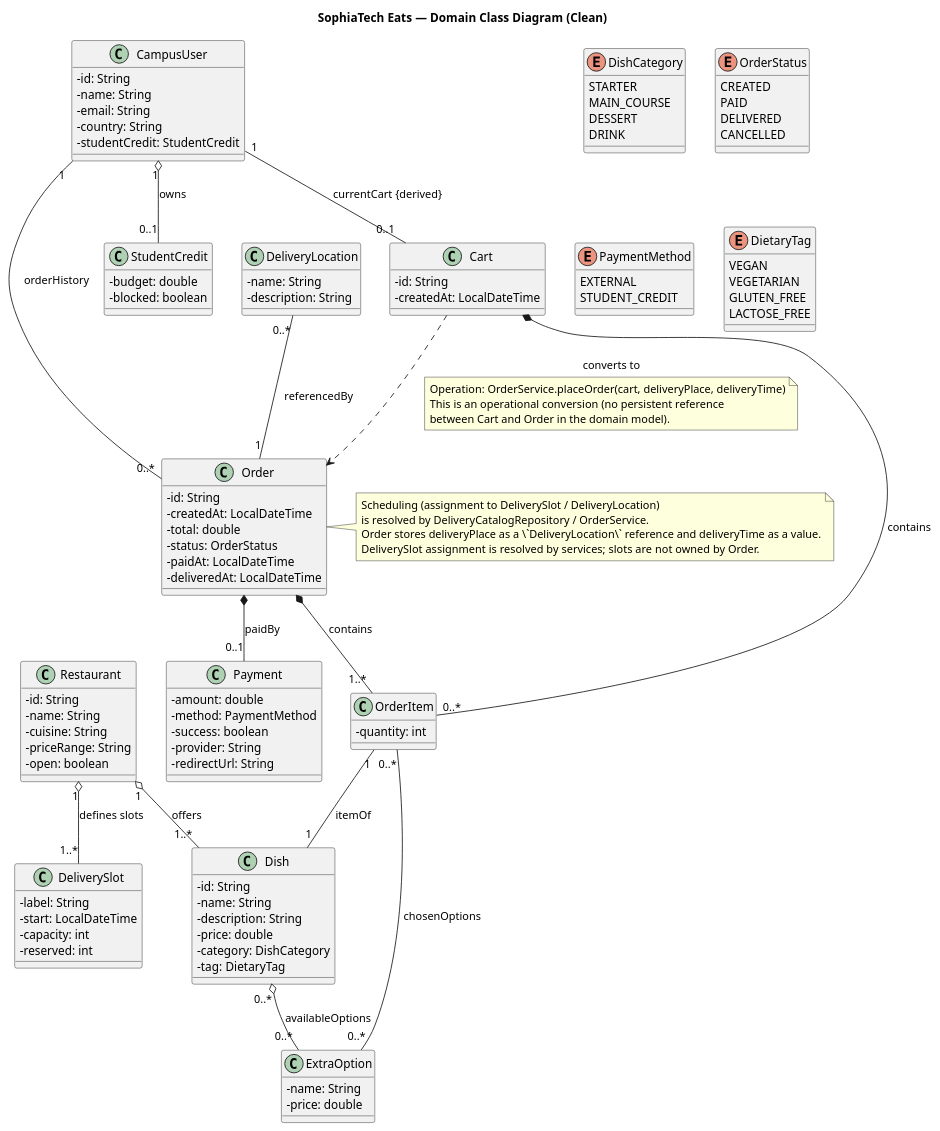
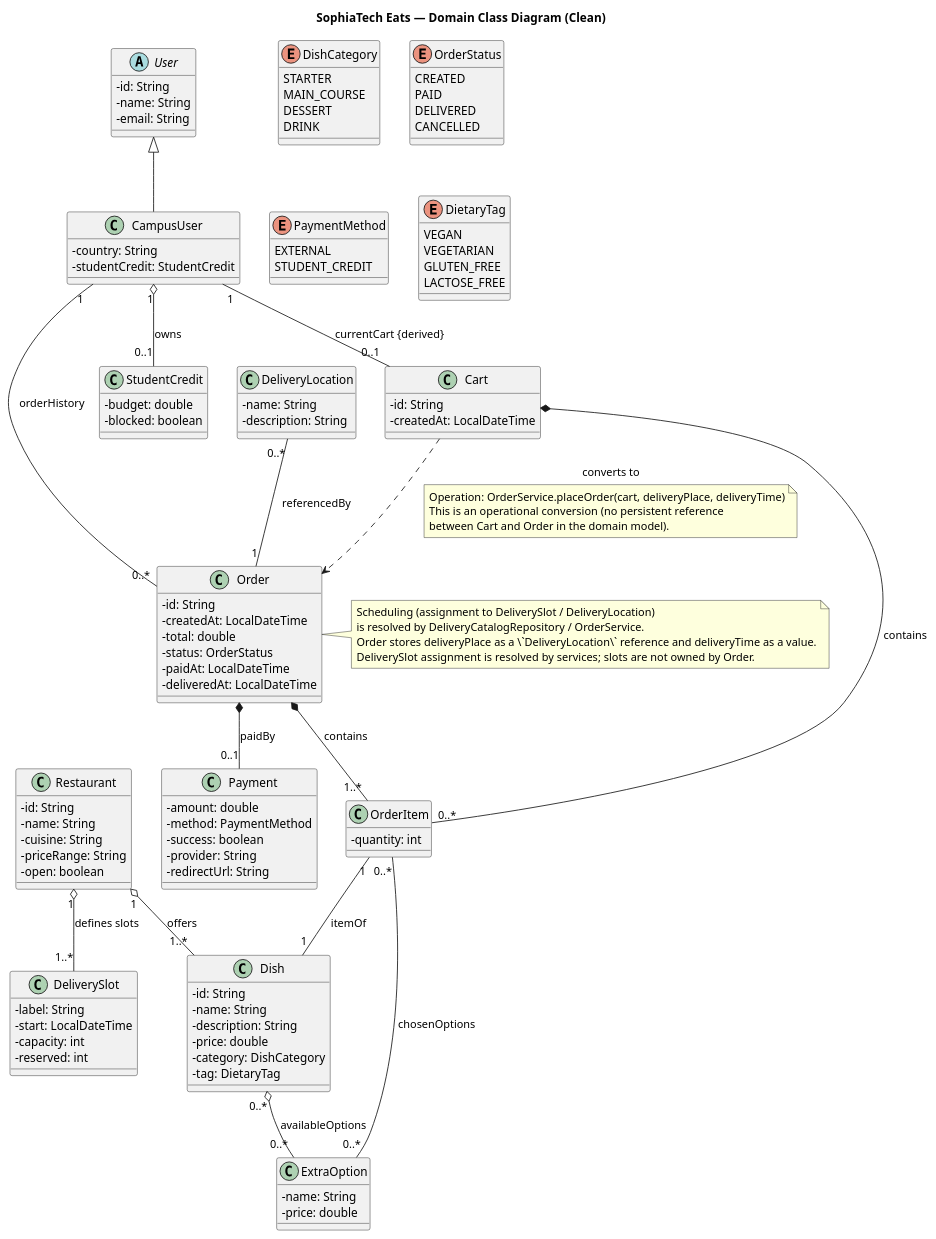
Before and after one commit to StefanB07/SophiaEats: the diagram in diagramsA2/CleanClassDiagram.puml, drawn with PlantUML. The commit also changed 4 other files, not shown here.

```diff
--- a/diagramsA2/CleanClassDiagram.puml
+++ b/diagramsA2/CleanClassDiagram.puml
@@ -1,137 +1,142 @@
 @startuml
 title SophiaTech Eats — Domain Class Diagram (Clean)
 
 skinparam classAttributeIconSize 0
 
 ' ==== Enums ====
 enum DishCategory {
 STARTER
 MAIN_COURSE
 DESSERT
 DRINK
 }
 enum OrderStatus {
 CREATED
 PAID
 DELIVERED
 CANCELLED
 }
 enum PaymentMethod {
 EXTERNAL
 STUDENT_CREDIT
 }
 enum DietaryTag {
 VEGAN
 VEGETARIAN
 GLUTEN_FREE
 LACTOSE_FREE
 }
 
 ' ==== Core domain only essential attributes ====
-class CampusUser {
+abstract class User {
   - id: String
   - name: String
   - email: String
+}
+
+class CampusUser {
   - country: String
   - studentCredit: StudentCredit
 }
+
+User <|-- CampusUser
 class StudentCredit {
  - budget: double
  - blocked: boolean
 }
 
 class Cart {
 - id: String
 - createdAt: LocalDateTime
 }
 
 class Order {
   - id: String
   - createdAt: LocalDateTime
   - total: double
   - status: OrderStatus
   - paidAt: LocalDateTime
   - deliveredAt: LocalDateTime
 }
 
 class OrderItem {
 - quantity: int
 }
 
 class Payment {
   - amount: double
   - method: PaymentMethod
   - success: boolean
   - provider: String
   - redirectUrl: String
 }
 
 class Restaurant {
   - id: String
   - name: String
   - cuisine: String
   - priceRange: String
   - open: boolean
 }
 
 class DeliverySlot {
   - label: String
   - start: LocalDateTime
   - capacity: int
   - reserved: int
 }
 
 class DeliveryLocation {
 - name: String
 - description: String
 }
 
 class Dish {
   - id: String
   - name: String
   - description: String
   - price: double
   - category: DishCategory
   - tag: DietaryTag
 }
 class ExtraOption {
 - name: String
 - price: double
 }
 
 CampusUser "1" o-- "0..1" StudentCredit : owns
 CampusUser "1" -- "0..*" Order : orderHistory
 CampusUser "1" -- "0..1" Cart : currentCart {derived}
 
 Cart *-- "0..*" OrderItem : contains
 Cart ..> Order : converts to
 
 note on link
   Operation: OrderService.placeOrder(cart, deliveryPlace, deliveryTime)
   This is an operational conversion (no persistent reference
   between Cart and Order in the domain model).
 end note
 
 Order *-- "1..*" OrderItem : contains
 Order *-- "0..1" Payment : paidBy
 
 DeliveryLocation "0..*" -- "1" Order : referencedBy
 
 OrderItem "1" -- "1" Dish : itemOf
 OrderItem "0..*" -- "0..*" ExtraOption : chosenOptions
 
 Restaurant "1" o-- "1..*" DeliverySlot : defines slots
 Restaurant "1" o-- "1..*" Dish : offers
 
 Dish "0..*" o-- "0..*" ExtraOption : availableOptions
 
 note right of Order
   Scheduling (assignment to DeliverySlot / DeliveryLocation)
   is resolved by DeliveryCatalogRepository / OrderService.
   Order stores deliveryPlace as a \`DeliveryLocation\` reference and deliveryTime as a value.
   DeliverySlot assignment is resolved by services; slots are not owned by Order.
 end note
 
 
 
 @enduml
```
